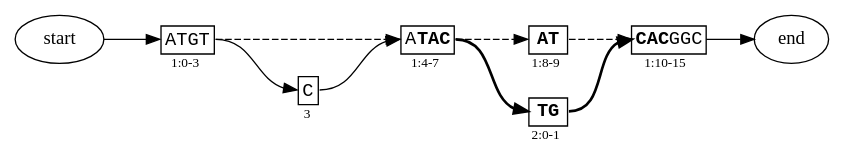
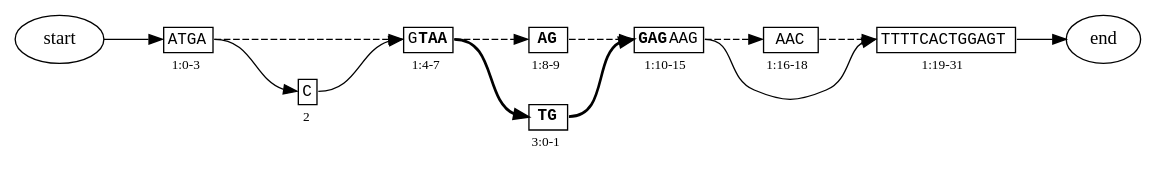
One commit to ginkgobioworks/gen changed the diagram in docs/figures/operators/extract_input.dot. Above: the diagram before and after it, drawn with Graphviz. The commit also changed 14 other files, not shown here.

Commit message:
extraction function in graph.py

```diff
--- a/docs/figures/operators/extract_input.dot
+++ b/docs/figures/operators/extract_input.dot
@@ -1,39 +1,51 @@
 strict digraph "" {
-	graph [rankdir=LR,
+	graph [fontnames=svg,
+		rankdir=LR,
 		ranksep=0.5,
 		splines=true
 	];
 	node [label="\N"];
 	start	[label=start];
-	1.0	[label=<<TABLE BORDER='0' CELLBORDER='1' CELLSPACING='0'><TR><TD ALIGN='CENTER' PORT='seq'><FONT FACE='Courier'>ATGT</FONT></TD></TR><TR><TD BORDER='0' ALIGN='CENTER'><FONT POINT-SIZE='10'>1:0-3</FONT></TD></TR></TABLE>>,
+	1.0	[label=<<TABLE BORDER='0' CELLBORDER='1'><TR><TD ALIGN='CENTER' PORT='seq'><FONT POINT-SIZE='12' FACE='Monospace'>ATGA</FONT></TD></TR><TR><TD BORDER='0' ALIGN='CENTER'><FONT POINT-SIZE='10'>1:0-3</FONT></TD></TR></TABLE>>,
 		margin=0,
 		shape=none];
 	start:e -> 1.0:seq:w;
-	1.4	[label=<<TABLE BORDER='0' CELLBORDER='1' CELLSPACING='0'><TR><TD ALIGN='CENTER' PORT='seq'><FONT FACE='Courier'>A<B>TAC</B></FONT></TD></TR><TR><TD BORDER='0' ALIGN='CENTER'><FONT POINT-SIZE='10'>1:4-7</FONT></TD></TR></TABLE>>,
+	1.4	[label=<<TABLE BORDER='0' CELLBORDER='1'><TR><TD ALIGN='CENTER' PORT='seq'><FONT POINT-SIZE='12' FACE='Monospace'>G<B>TAA</B></FONT></TD></TR><TR><TD BORDER='0' ALIGN='CENTER'><FONT POINT-SIZE='10'>1:4-7</FONT></TD></TR></TABLE>>,
 		margin=0,
 		shape=none];
 	1.0:seq:e -> 1.4:seq:w	[style=dashed,
 		weight=10];
-	3.0	[label=<<TABLE BORDER='0' CELLBORDER='1' CELLSPACING='0'><TR><TD ALIGN='CENTER' PORT='seq'><FONT FACE='Courier'>C</FONT></TD></TR><TR><TD BORDER='0' ALIGN='CENTER'><FONT POINT-SIZE='10'>3</FONT></TD></TR></TABLE>>,
+	2.0	[label=<<TABLE BORDER='0' CELLBORDER='1'><TR><TD ALIGN='CENTER' PORT='seq'><FONT POINT-SIZE='12' FACE='Monospace'>C</FONT></TD></TR><TR><TD BORDER='0' ALIGN='CENTER'><FONT POINT-SIZE='10'>2</FONT></TD></TR></TABLE>>,
 		margin=0,
 		shape=none];
-	1.0:seq:e -> 3.0:seq:w;
-	1.8	[label=<<TABLE BORDER='0' CELLBORDER='1' CELLSPACING='0'><TR><TD ALIGN='CENTER' PORT='seq'><FONT FACE='Courier'><B>AT</B></FONT></TD></TR><TR><TD BORDER='0' ALIGN='CENTER'><FONT POINT-SIZE='10'>1:8-9</FONT></TD></TR></TABLE>>,
+	1.0:seq:e -> 2.0:seq:w;
+	1.8	[label=<<TABLE BORDER='0' CELLBORDER='1'><TR><TD ALIGN='CENTER' PORT='seq'><FONT POINT-SIZE='12' FACE='Monospace'><B>AG</B></FONT></TD></TR><TR><TD BORDER='0' ALIGN='CENTER'><FONT POINT-SIZE='10'>1:8-9</FONT></TD></TR></TABLE>>,
 		margin=0,
 		shape=none];
 	1.4:seq:e -> 1.8:seq:w	[style=dashed,
 		weight=10];
-	2.0	[label=<<TABLE BORDER='0' CELLBORDER='1' CELLSPACING='0'><TR><TD ALIGN='CENTER' PORT='seq'><FONT FACE='Courier'><B>TG</B></FONT></TD></TR><TR><TD BORDER='0' ALIGN='CENTER'><FONT POINT-SIZE='10'>2:0-1</FONT></TD></TR></TABLE>>,
+	3.0	[label=<<TABLE BORDER='0' CELLBORDER='1'><TR><TD ALIGN='CENTER' PORT='seq'><FONT POINT-SIZE='12' FACE='Monospace'><B>TG</B></FONT></TD></TR><TR><TD BORDER='0' ALIGN='CENTER'><FONT POINT-SIZE='10'>3:0-1</FONT></TD></TR></TABLE>>,
 		margin=0,
 		shape=none];
-	1.4:seq:e -> 2.0:seq:w	[penwidth=2];
-	1.10	[label=<<TABLE BORDER='0' CELLBORDER='1' CELLSPACING='0'><TR><TD ALIGN='CENTER' PORT='seq'><FONT FACE='Courier'><B>CAC</B>GGC</FONT></TD></TR><TR><TD BORDER='0' ALIGN='CENTER'><FONT POINT-SIZE='10'>1:10-15</FONT></TD></TR></TABLE>>,
+	1.4:seq:e -> 3.0:seq:w	[penwidth=2];
+	1.10	[label=<<TABLE BORDER='0' CELLBORDER='1'><TR><TD ALIGN='CENTER' PORT='seq'><FONT POINT-SIZE='12' FACE='Monospace'><B>GAG</B>AAG</FONT></TD></TR><TR><TD BORDER='0' ALIGN='CENTER'><FONT POINT-SIZE='10'>1:10-15</FONT></TD></TR></TABLE>>,
 		margin=0,
 		shape=none];
 	1.8:seq:e -> 1.10:seq:w	[style=dashed,
 		weight=10];
+	1.16	[label=<<TABLE BORDER='0' CELLBORDER='1'><TR><TD ALIGN='CENTER' PORT='seq'><FONT POINT-SIZE='12' FACE='Monospace'>AAC</FONT></TD></TR><TR><TD BORDER='0' ALIGN='CENTER'><FONT POINT-SIZE='10'>1:16-18</FONT></TD></TR></TABLE>>,
+		margin=0,
+		shape=none];
+	1.10:seq:e -> 1.16:seq:w	[style=dashed,
+		weight=10];
+	1.19	[label=<<TABLE BORDER='0' CELLBORDER='1'><TR><TD ALIGN='CENTER' PORT='seq'><FONT POINT-SIZE='12' FACE='Monospace'>TTTTCACTGGAGT</FONT></TD></TR><TR><TD BORDER='0' ALIGN='CENTER'><FONT POINT-SIZE='10'>1:19-31</FONT></TD></TR></TABLE>>,
+		margin=0,
+		shape=none];
+	1.10:seq:e -> 1.19:seq:w;
+	1.16:seq:e -> 1.19:seq:w	[style=dashed,
+		weight=10];
 	end	[label=end];
-	1.10:seq:e -> end:w;
-	2.0:seq:e -> 1.10:seq:w	[penwidth=2];
-	3.0:seq:e -> 1.4:seq:w;
+	1.19:seq:e -> end:w;
+	2.0:seq:e -> 1.4:seq:w;
+	3.0:seq:e -> 1.10:seq:w	[penwidth=2];
 }
```
